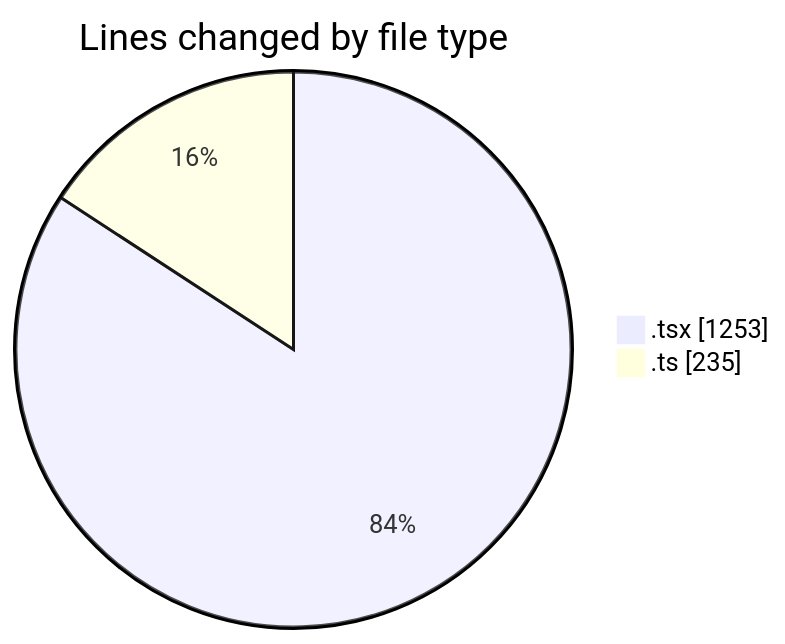
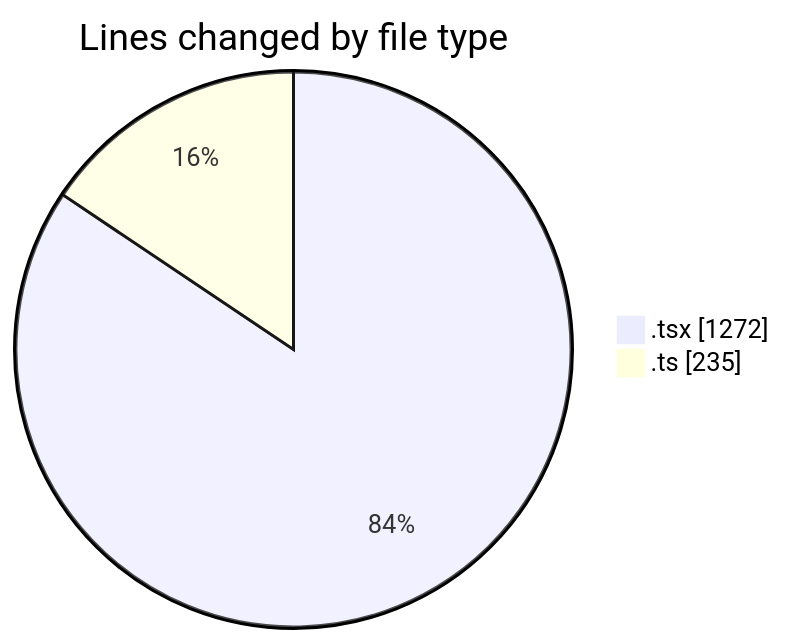
Before and after one commit to momahboobian/code-tracking: the first of 2 diagrams in 2025-09-15/cda/README.md, drawn with Mermaid. The commit also changed other lines of this file and 1 other file, not shown here.

````diff
--- a/2025-09-15/cda/README.md
+++ b/2025-09-15/cda/README.md
@@ -22,6 +22,6 @@
 ```mermaid
 pie showData
 title Lines changed by file type
-".tsx" : 1253
+".tsx" : 1272
 ".ts" : 235
 ```
````
